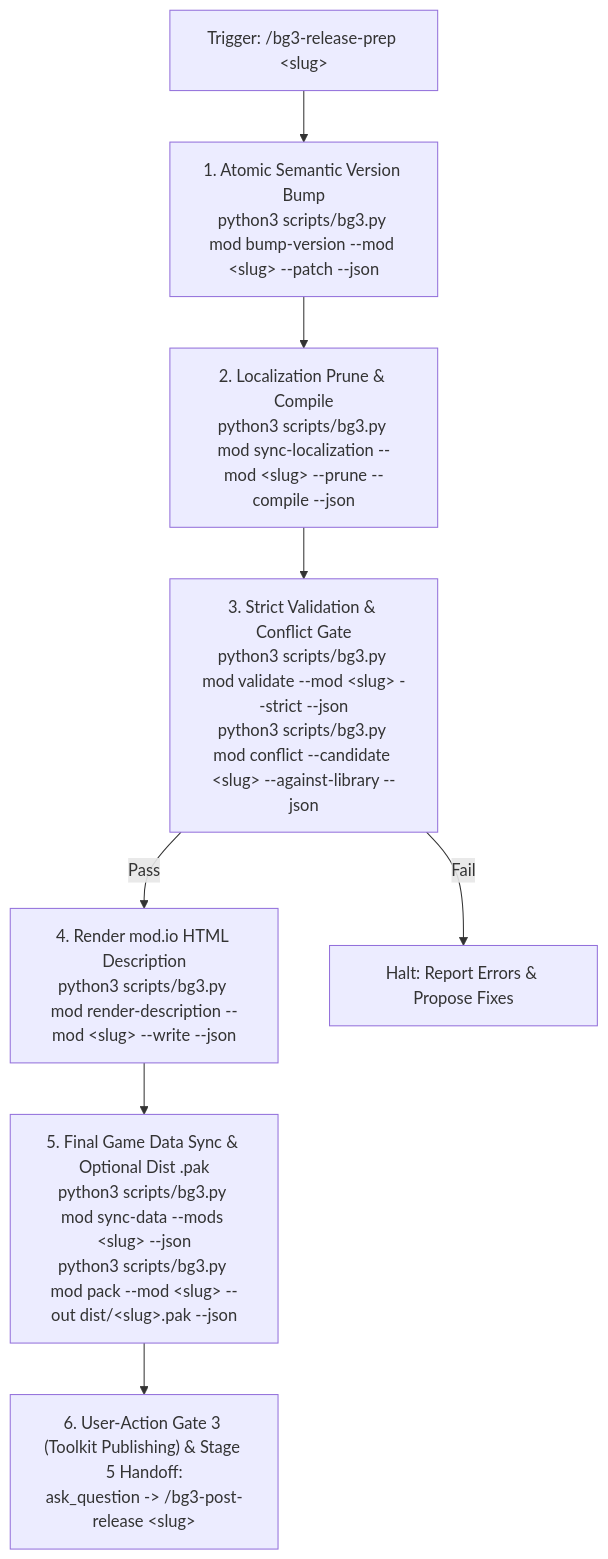
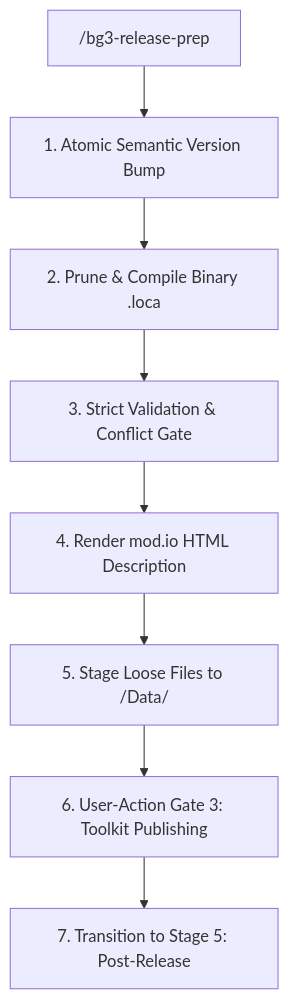
One commit to jpelton-stroud/bg3-mod-studio changed the diagram in .agents/skills/bg3-release-prep/SKILL.md. Above: the diagram before and after it, drawn with Mermaid. The commit also changed other lines of this file and 33 other files, not shown here.

````diff
--- a/.agents/skills/bg3-release-prep/SKILL.md
+++ b/.agents/skills/bg3-release-prep/SKILL.md
@@ -27,18 +20,10 @@
 ```mermaid
 flowchart TD
-    Trigger["Trigger: /bg3-release-prep &lt;slug&gt;"] --> Step1["1. Atomic Semantic Version Bump
-python3 scripts/bg3.py mod bump-version --mod &lt;slug&gt; --patch --json"]
-    Step1 --> Step2["2. Localization Prune & Compile
-python3 scripts/bg3.py mod sync-localization --mod &lt;slug&gt; --prune --compile --json"]
-    Step2 --> Step3["3. Strict Validation & Conflict Gate
-python3 scripts/bg3.py mod validate --mod &lt;slug&gt; --strict --json
-python3 scripts/bg3.py mod conflict --candidate &lt;slug&gt; --against-library --json"]
-    Step3 -->|Pass| Step4["4. Render mod.io HTML Description
-python3 scripts/bg3.py mod render-description --mod &lt;slug&gt; --write --json"]
-    Step3 -->|Fail| Halt["Halt: Report Errors & Propose Fixes"]
-    Step4 --> Step5["5. Final Game Data Sync & Optional Dist .pak
-python3 scripts/bg3.py mod sync-data --mods &lt;slug&gt; --json
-python3 scripts/bg3.py mod pack --mod &lt;slug&gt; --out dist/&lt;slug&gt;.pak --json"]
-    Step5 --> Step6["6. User-Action Gate 3 (Toolkit Publishing) & Stage 5 Handoff:
-ask_question -> /bg3-post-release &lt;slug&gt;"]
+    Start["/bg3-release-prep <slug>"] --> Bump["1. Atomic Semantic Version Bump"]
+    Bump --> Loca["2. Prune & Compile Binary .loca"]
+    Loca --> Strict["3. Strict Validation & Conflict Gate"]
+    Strict --> Render["4. Render mod.io HTML Description"]
+    Render --> Sync["5. Stage Loose Files to <Game>/Data/"]
+    Sync --> Publish["6. User-Action Gate 3: Toolkit Publishing"]
+    Publish --> Handoff["7. Transition to Stage 5: Post-Release"]
 ```
````
